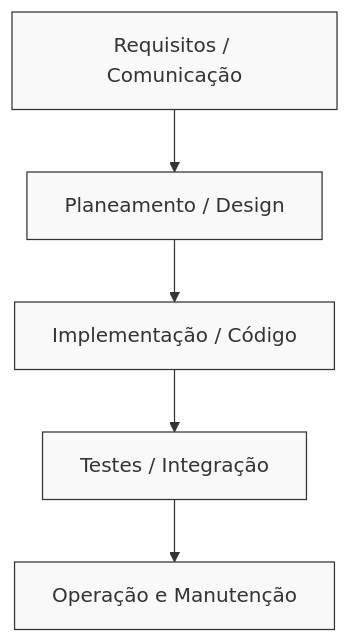
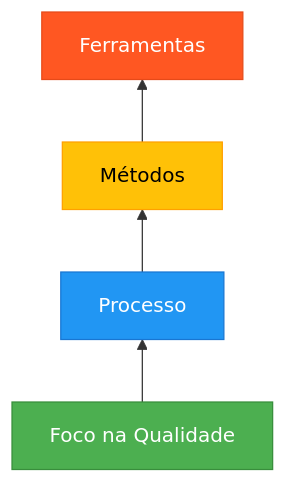
Before and after one commit to marcianusfounder/unic2025-26: the first of 3 diagrams in Primeiro Semestre/Engenharia de Software I/01 - Guia de Estudo Teórico.md, drawn with Mermaid. The commit also changed other lines of this file and 19 other files, not shown here.

````diff
--- a/Primeiro Semestre/Engenharia de Software I/01 - Guia de Estudo Teórico.md
+++ b/Primeiro Semestre/Engenharia de Software I/01 - Guia de Estudo Teórico.md
@@ -102,13 +37,11 @@
 ```mermaid
-graph TD
-    A[Requisitos / Comunicação] --> B[Planeamento / Design]
-    B --> C[Implementação / Código]
-    C --> D[Testes / Integração]
-    D --> E[Operação e Manutenção]
+graph BT
+    A[Foco na Qualidade] --> B[Processo]
+    B --> C[Métodos]
+    C --> D[Ferramentas]
     
-    style A fill:#f9f9f9,stroke:#333
-    style B fill:#f9f9f9,stroke:#333
-    style C fill:#f9f9f9,stroke:#333
-    style D fill:#f9f9f9,stroke:#333
-    style E fill:#f9f9f9,stroke:#333
+    style A fill:#4CAF50,stroke:#388E3C,color:#fff
+    style B fill:#2196F3,stroke:#1976D2,color:#fff
+    style C fill:#FFC107,stroke:#FFA000,color:#000
+    style D fill:#FF5722,stroke:#E64A19,color:#fff
 ```
````
